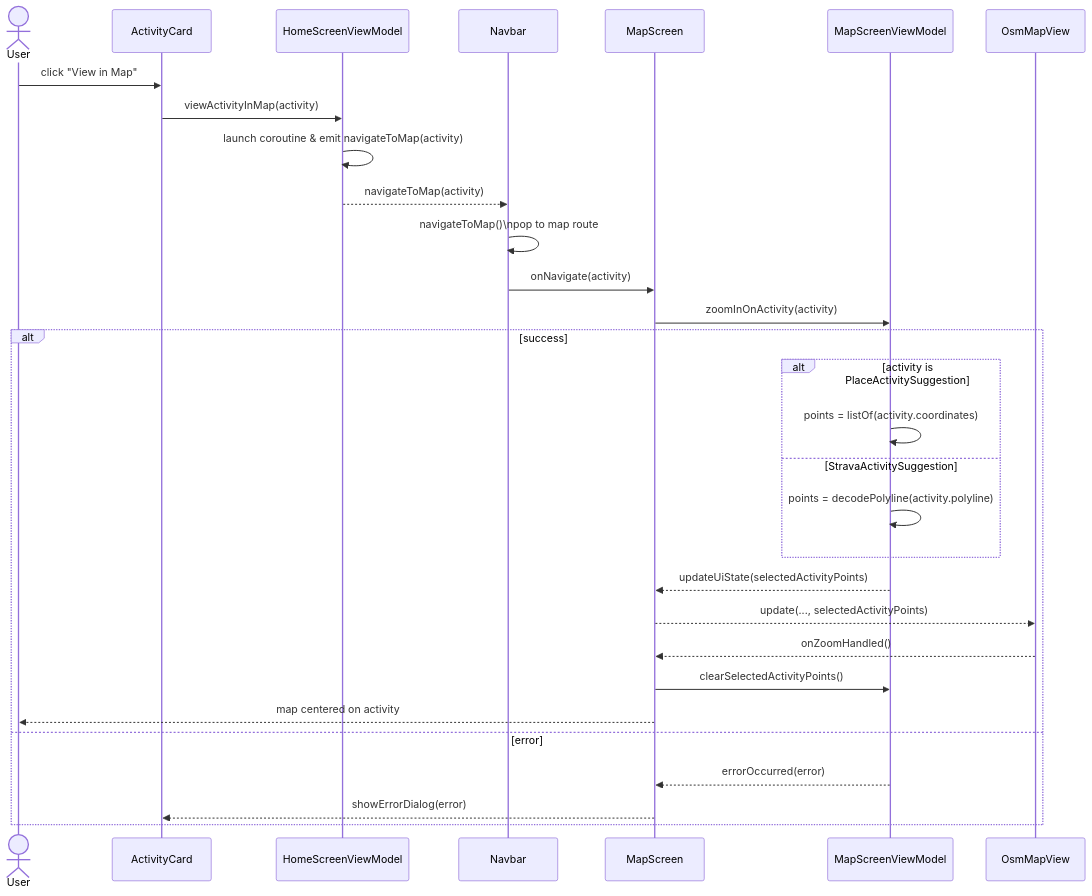
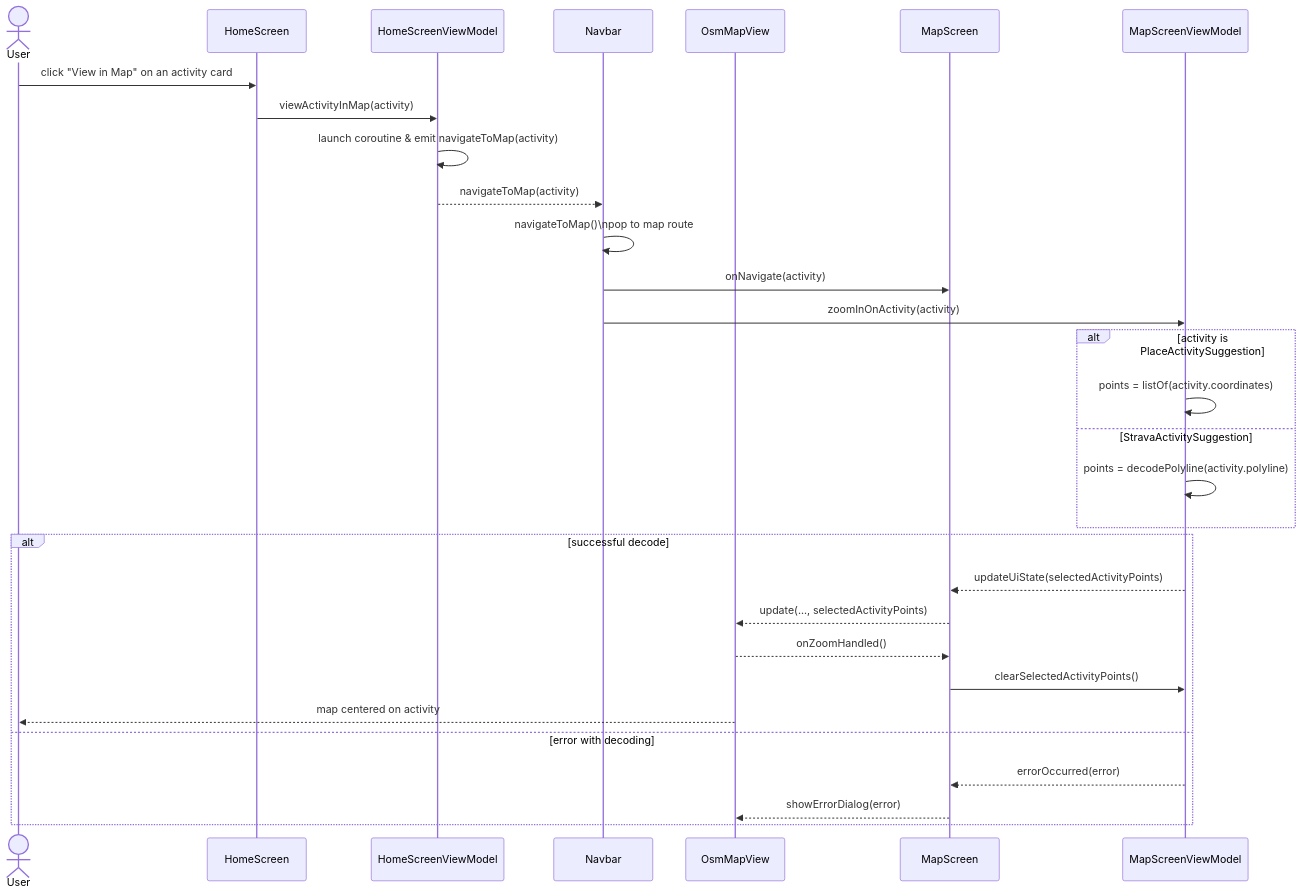
Before and after one commit to GithubTechsupport/VaerAktiv: the diagram in diagrams/view_activity_in_map/sequencediagram.md, drawn with Mermaid. The commit also changed 33 other files, not shown here.

````diff
--- a/diagrams/view_activity_in_map/sequencediagram.md
+++ b/diagrams/view_activity_in_map/sequencediagram.md
@@ -1,33 +1,33 @@
 ```mermaid
 sequenceDiagram
     actor User
-    participant UI as ActivityCard
+    participant UI as HomeScreen
     participant HomeVM as HomeScreenViewModel
     participant Nav as Navbar
+    participant Osm as OsmMapView
     participant MS as MapScreen
     participant MapVM as MapScreenViewModel
-    participant Osm as OsmMapView
 
-    User->>UI: click "View in Map"
+    User->>UI: click "View in Map" on an activity card
     UI->>HomeVM: viewActivityInMap(activity)
     HomeVM->>HomeVM: launch coroutine & emit navigateToMap(activity)
     HomeVM-->>Nav: navigateToMap(activity)
     Nav->>Nav: navigateToMap()\npop to map route
     Nav->>MS: onNavigate(activity)
-    MS->>MapVM: zoomInOnActivity(activity)
-    alt success
+    Nav->>MapVM: zoomInOnActivity(activity)
         alt activity is PlaceActivitySuggestion
             MapVM->>MapVM: points = listOf(activity.coordinates)
         else StravaActivitySuggestion
             MapVM->>MapVM: points = decodePolyline(activity.polyline)
         end
+    alt successful decode
         MapVM-->>MS: updateUiState(selectedActivityPoints)
         MS-->>Osm: update(..., selectedActivityPoints)
         Osm-->>MS: onZoomHandled()
         MS->>MapVM: clearSelectedActivityPoints()
-        MS-->>User: map centered on activity
-    else error
+        Osm-->>User: map centered on activity
+    else error with decoding
         MapVM-->>MS: errorOccurred(error)
-        MS-->>UI: showErrorDialog(error)
+        MS-->>Osm: showErrorDialog(error)
     end
 ```
````
